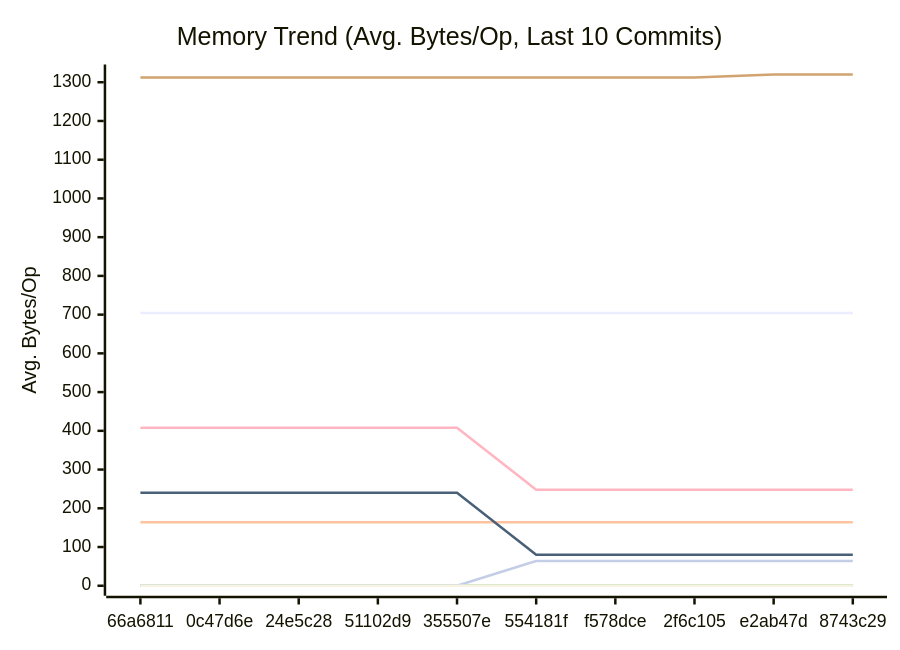
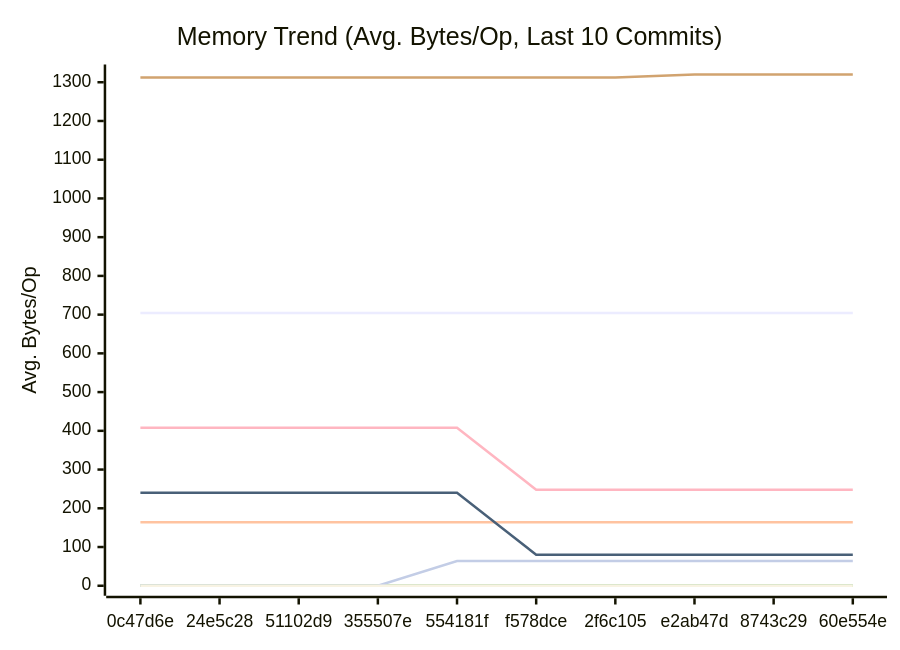
One commit to alsotoes/momo changed the second of 3 diagrams in docs/PERFORMANCE.md. Above: the diagram before and after it, drawn with Mermaid. The commit also changed other lines of this file and 2 other files, not shown here.

````diff
--- a/docs/PERFORMANCE.md
+++ b/docs/PERFORMANCE.md
@@ -152,18 +152,18 @@
 ```mermaid
 xychart-beta
     title "Memory Trend (Avg. Bytes/Op, Last 10 Commits)"
     x-axis "Commit"
     y-axis "Avg. Bytes/Op"
-    x-axis [66a6811,0c47d6e,24e5c28,51102d9,355507e,554181f,f578dce,2f6c105,e2ab47d,8743c29]
+    x-axis [0c47d6e,24e5c28,51102d9,355507e,554181f,f578dce,2f6c105,e2ab47d,8743c29,60e554e]
     line "CheckMetricsAndSwap" [0,0,0,0,0,0,0,0,0,0]
     line "CrushOptimized" [0,0,0,0,0,0,0,0,0,0]
     line "CrushOriginal" [164,164,164,164,164,164,164,164,164,164]
     line "IndexDirectTracking" [0,0,0,0,0,0,0,0,0,0]
     line "IndexSearch" [0,0,0,0,0,0,0,0,0,0]
-    line "LoadGlobalConfig" [1312,1312,1312,1312,1312,1312,1312,1312,1320,1320]
-    line "PadString" [0,0,0,0,0,64,64,64,64,64]
+    line "LoadGlobalConfig" [1312,1312,1312,1312,1312,1312,1312,1320,1320,1320]
+    line "PadString" [0,0,0,0,64,64,64,64,64,64]
     line "ParseReplicationOrder_NoPrealloc" [408,408,408,408,408,248,248,248,248,248]
     line "ParseReplicationOrder_Prealloc" [240,240,240,240,240,80,80,80,80,80]
     line "SanitizeLog/Safe" [0,0,0,0,0,0,0,0,0,0]
     line "SanitizeLog/Unsafe" [704,704,704,704,704,704,704,704,704,704]
 ```
````
